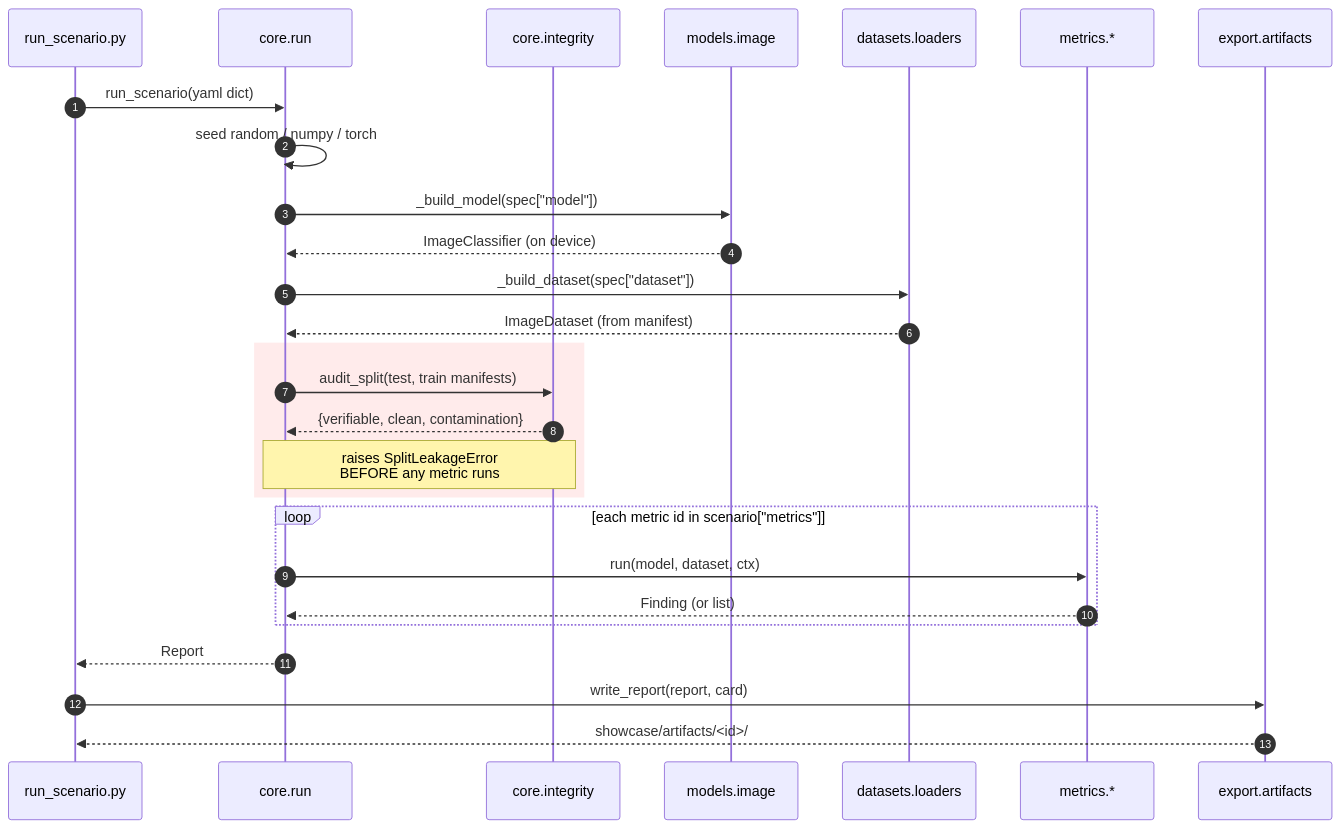
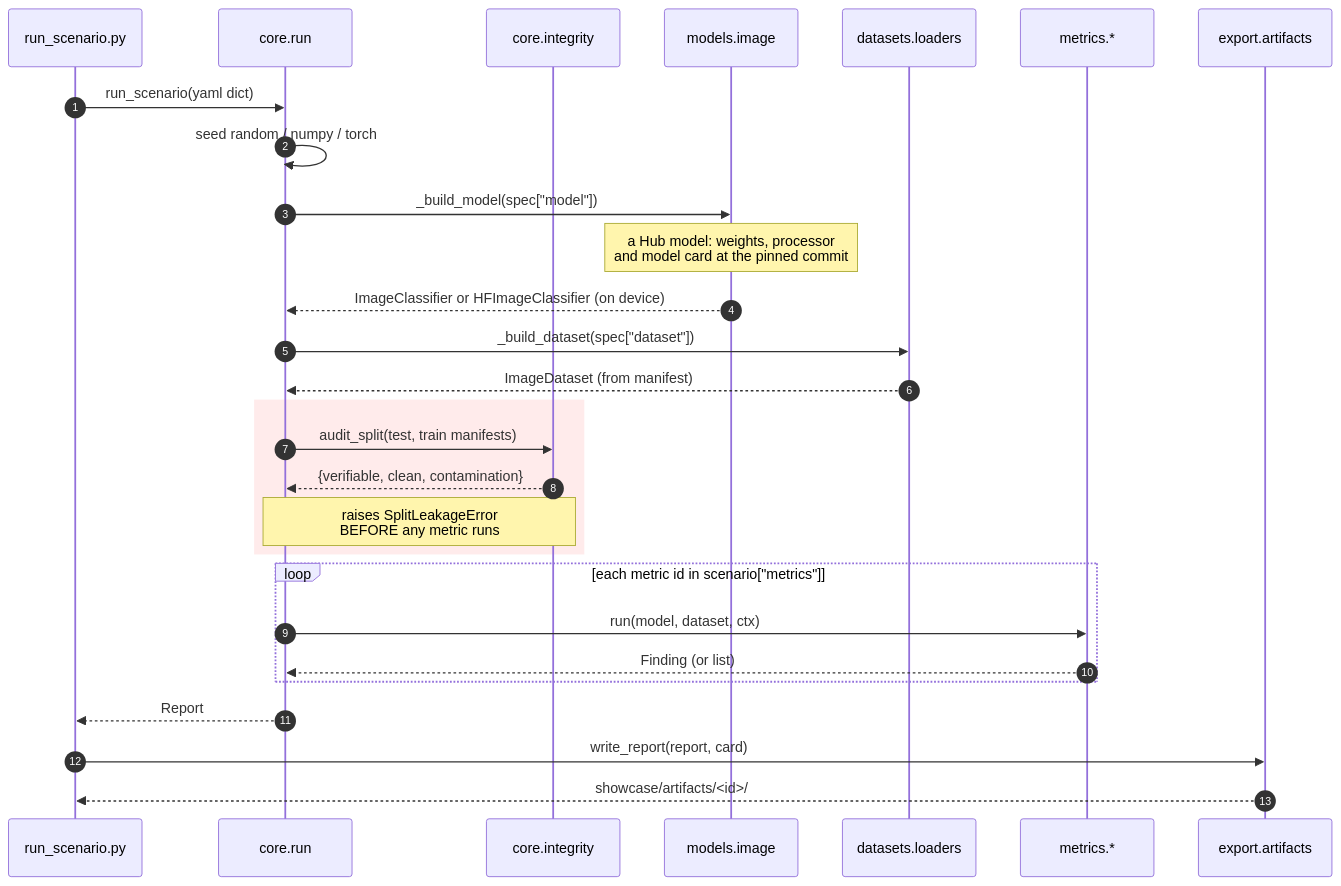
The second of 3 diagrams in docs/architecture.md (sabrinahartung/verifai-medical), drawn with Mermaid before and after one commit. The commit also changed other lines of this file and 10 other files, not shown here.

````diff
--- a/docs/architecture.md
+++ b/docs/architecture.md
@@ -59,32 +59,33 @@
 ```mermaid
 sequenceDiagram
     autonumber
     participant CLI as run_scenario.py
     participant Run as core.run
     participant Int as core.integrity
     participant Mod as models.image
     participant DS as datasets.loaders
     participant Met as metrics.*
     participant Exp as export.artifacts
 
     CLI->>Run: run_scenario(yaml dict)
     Run->>Run: seed random / numpy / torch
     Run->>Mod: _build_model(spec["model"])
-    Mod-->>Run: ImageClassifier (on device)
+    Note over Mod: a Hub model: weights, processor<br/>and model card at the pinned commit
+    Mod-->>Run: ImageClassifier or HFImageClassifier (on device)
     Run->>DS: _build_dataset(spec["dataset"])
     DS-->>Run: ImageDataset (from manifest)
 
     rect rgb(255, 235, 235)
         Run->>Int: audit_split(test, train manifests)
         Int-->>Run: {verifiable, clean, contamination}
         Note over Run,Int: raises SplitLeakageError<br/>BEFORE any metric runs
     end
 
     loop each metric id in scenario["metrics"]
         Run->>Met: run(model, dataset, ctx)
         Met-->>Run: Finding (or list)
     end
     Run-->>CLI: Report
     CLI->>Exp: write_report(report, card)
     Exp-->>CLI: showcase/artifacts/<id>/
 ```
````
